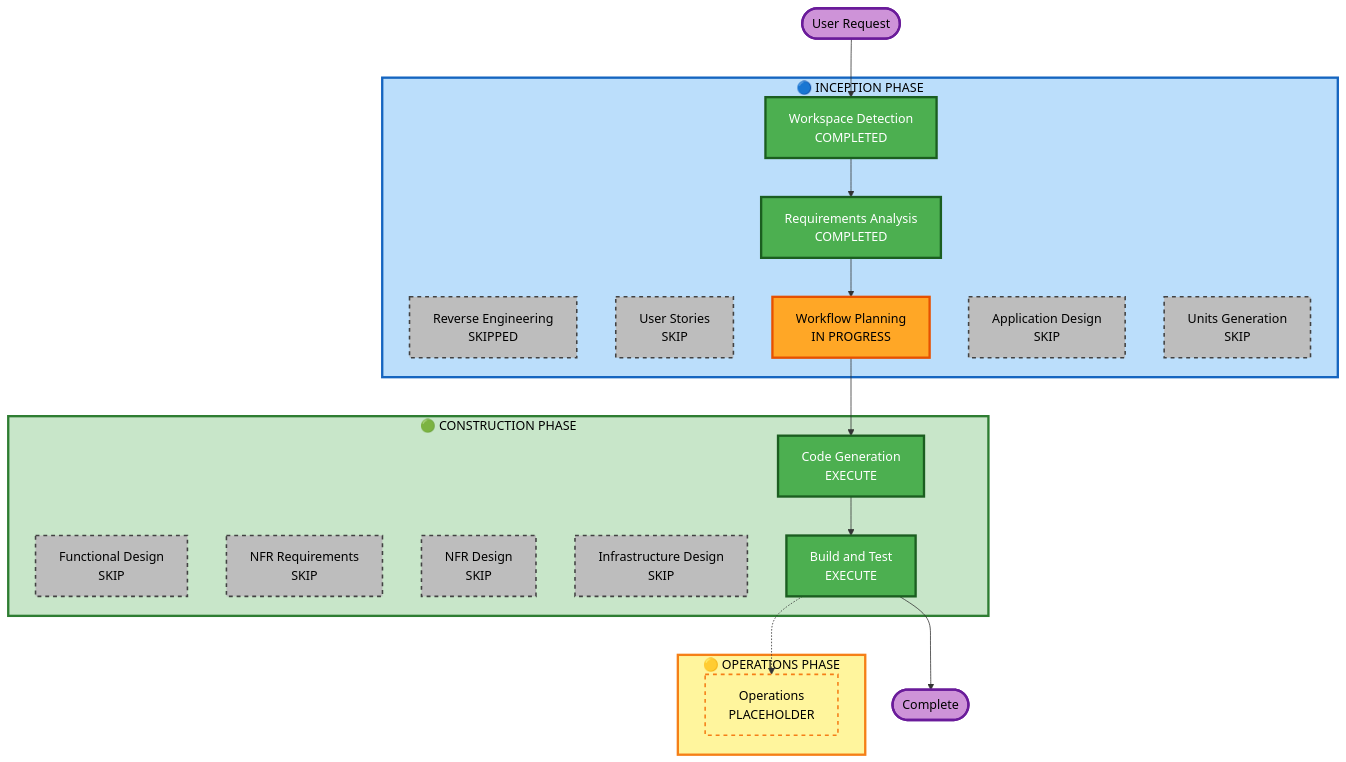
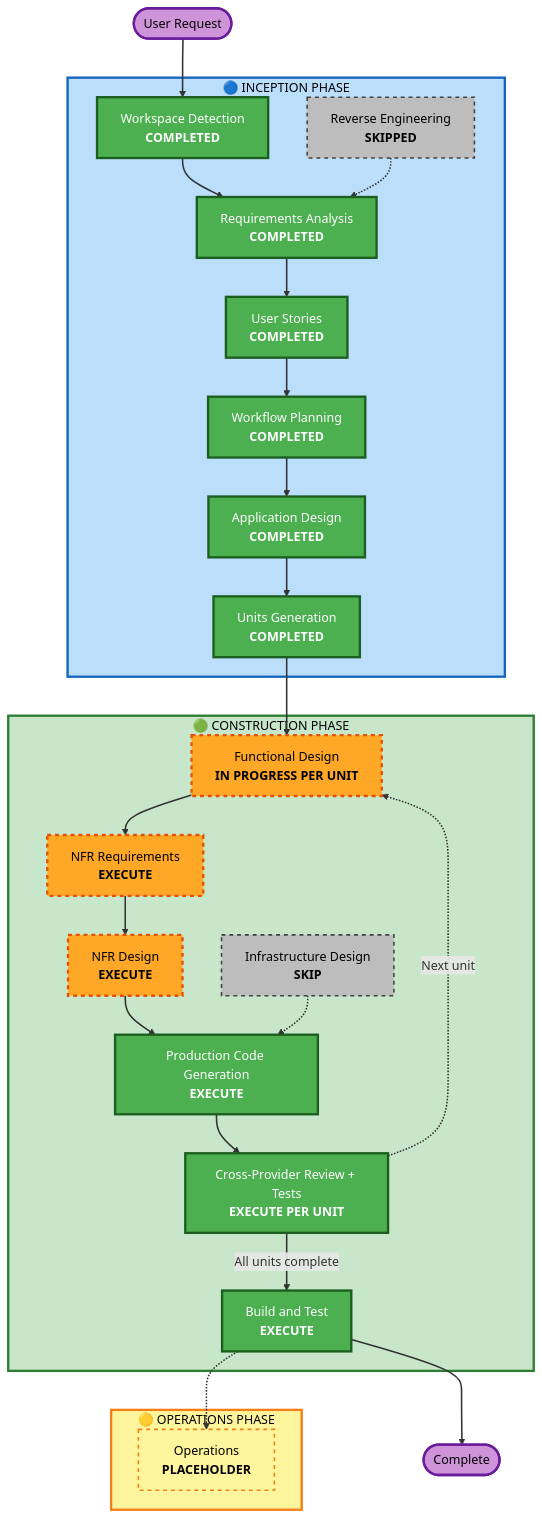
One commit to minaoar/privateledger changed the diagram in aidlc-docs/inception/plans/execution-plan.md. Above: the diagram before and after it, drawn with Mermaid. The commit also changed other lines of this file and 54 other files, not shown here.

````diff
--- a/aidlc-docs/inception/plans/execution-plan.md
+++ b/aidlc-docs/inception/plans/execution-plan.md
@@ -33,53 +99,57 @@
 ```mermaid
 flowchart TD
     Start(["User Request"])
 
     subgraph INCEPTION["🔵 INCEPTION PHASE"]
-        WD["Workspace Detection\nCOMPLETED"]
-        RE["Reverse Engineering\nSKIPPED"]
-        RA["Requirements Analysis\nCOMPLETED"]
-        US["User Stories\nSKIP"]
-        WP["Workflow Planning\nIN PROGRESS"]
-        AD["Application Design\nSKIP"]
-        UG["Units Generation\nSKIP"]
+        WD["Workspace Detection<br/><b>COMPLETED</b>"]
+        RE["Reverse Engineering<br/><b>SKIPPED</b>"]
+        RA["Requirements Analysis<br/><b>COMPLETED</b>"]
+        US["User Stories<br/><b>COMPLETED</b>"]
+        WP["Workflow Planning<br/><b>COMPLETED</b>"]
+        AD["Application Design<br/><b>COMPLETED</b>"]
+        UG["Units Generation<br/><b>COMPLETED</b>"]
     end
 
     subgraph CONSTRUCTION["🟢 CONSTRUCTION PHASE"]
-        FD["Functional Design\nSKIP"]
-        NFRA["NFR Requirements\nSKIP"]
-        NFRD["NFR Design\nSKIP"]
-        ID["Infrastructure Design\nSKIP"]
-        CG["Code Generation\nEXECUTE"]
-        BT["Build and Test\nEXECUTE"]
+        FD["Functional Design<br/><b>IN PROGRESS PER UNIT</b>"]
+        NFRA["NFR Requirements<br/><b>EXECUTE</b>"]
+        NFRD["NFR Design<br/><b>EXECUTE</b>"]
+        ID["Infrastructure Design<br/><b>SKIP</b>"]
+        CG["Production Code Generation<br/><b>EXECUTE</b>"]
+        ITR["Cross-Provider Review + Tests<br/><b>EXECUTE PER UNIT</b>"]
+        BT["Build and Test<br/><b>EXECUTE</b>"]
     end
 
     subgraph OPERATIONS["🟡 OPERATIONS PHASE"]
-        OPS["Operations\nPLACEHOLDER"]
+        OPS["Operations<br/><b>PLACEHOLDER</b>"]
     end
 
-    Start --> WD --> RA --> WP --> CG --> BT --> End(["Complete"])
+    Start --> WD --> RA --> US --> WP --> AD --> UG --> FD --> NFRA --> NFRD --> CG --> ITR
+    ITR -.->|Next unit| FD
+    ITR -->|All units complete| BT --> End(["Complete"])
+    RE -.-> RA
+    ID -.-> CG
     BT -.-> OPS
 
     style WD fill:#4CAF50,stroke:#1B5E20,stroke-width:3px,color:#fff
     style RA fill:#4CAF50,stroke:#1B5E20,stroke-width:3px,color:#fff
-    style WP fill:#FFA726,stroke:#E65100,stroke-width:3px,color:#000
+    style US fill:#4CAF50,stroke:#1B5E20,stroke-width:3px,color:#fff
+    style WP fill:#4CAF50,stroke:#1B5E20,stroke-width:3px,color:#fff
+    style AD fill:#4CAF50,stroke:#1B5E20,stroke-width:3px,color:#fff
+    style UG fill:#4CAF50,stroke:#1B5E20,stroke-width:3px,color:#fff
+    style FD fill:#FFA726,stroke:#E65100,stroke-width:3px,stroke-dasharray:5 5,color:#000
+    style NFRA fill:#FFA726,stroke:#E65100,stroke-width:3px,stroke-dasharray:5 5,color:#000
+    style NFRD fill:#FFA726,stroke:#E65100,stroke-width:3px,stroke-dasharray:5 5,color:#000
     style CG fill:#4CAF50,stroke:#1B5E20,stroke-width:3px,color:#fff
+    style ITR fill:#4CAF50,stroke:#1B5E20,stroke-width:3px,color:#fff
     style BT fill:#4CAF50,stroke:#1B5E20,stroke-width:3px,color:#fff
-
     style RE fill:#BDBDBD,stroke:#424242,stroke-width:2px,stroke-dasharray:5 5,color:#000
-    style US fill:#BDBDBD,stroke:#424242,stroke-width:2px,stroke-dasharray:5 5,color:#000
-    style AD fill:#BDBDBD,stroke:#424242,stroke-width:2px,stroke-dasharray:5 5,color:#000
-    style UG fill:#BDBDBD,stroke:#424242,stroke-width:2px,stroke-dasharray:5 5,color:#000
-    style FD fill:#BDBDBD,stroke:#424242,stroke-width:2px,stroke-dasharray:5 5,color:#000
-    style NFRA fill:#BDBDBD,stroke:#424242,stroke-width:2px,stroke-dasharray:5 5,color:#000
-    style NFRD fill:#BDBDBD,stroke:#424242,stroke-width:2px,stroke-dasharray:5 5,color:#000
     style ID fill:#BDBDBD,stroke:#424242,stroke-width:2px,stroke-dasharray:5 5,color:#000
     style OPS fill:#FFF59D,stroke:#F57F17,stroke-width:2px,stroke-dasharray:5 5,color:#000
-
     style Start fill:#CE93D8,stroke:#6A1B9A,stroke-width:3px,color:#000
     style End fill:#CE93D8,stroke:#6A1B9A,stroke-width:3px,color:#000
-
     style INCEPTION fill:#BBDEFB,stroke:#1565C0,stroke-width:3px,color:#000
     style CONSTRUCTION fill:#C8E6C9,stroke:#2E7D32,stroke-width:3px,color:#000
     style OPERATIONS fill:#FFF59D,stroke:#F57F17,stroke-width:3px,color:#000
+    linkStyle default stroke:#333,stroke-width:2px
 ```
````
